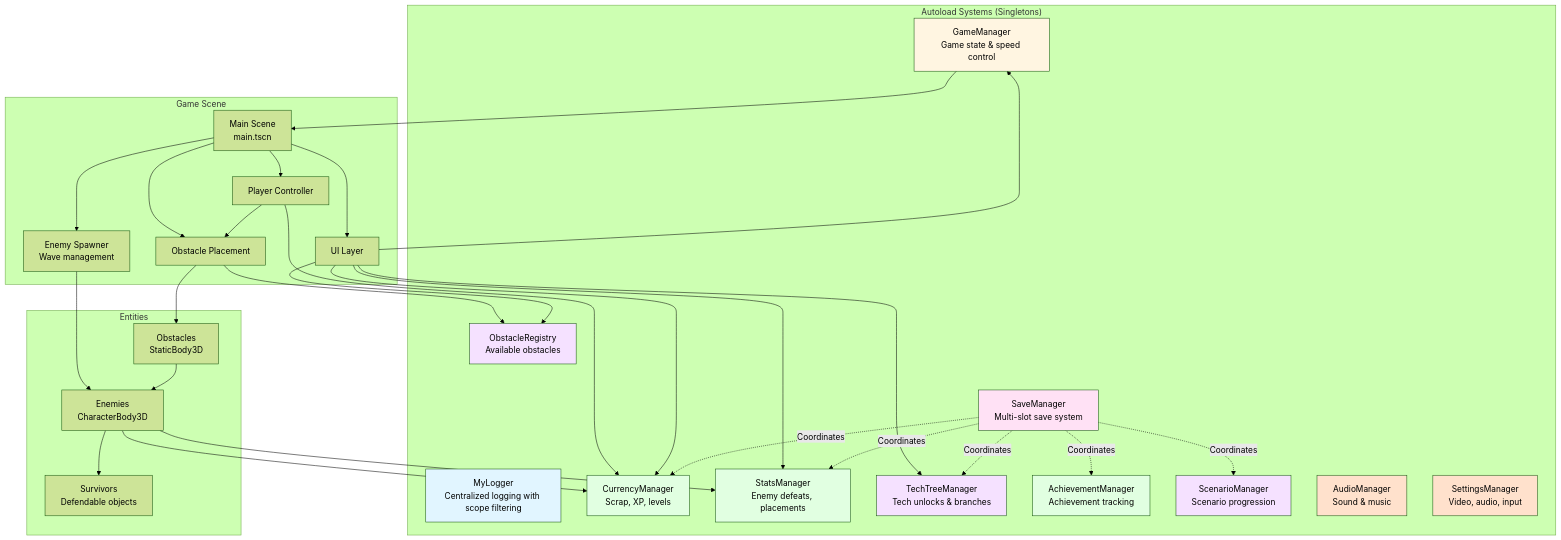
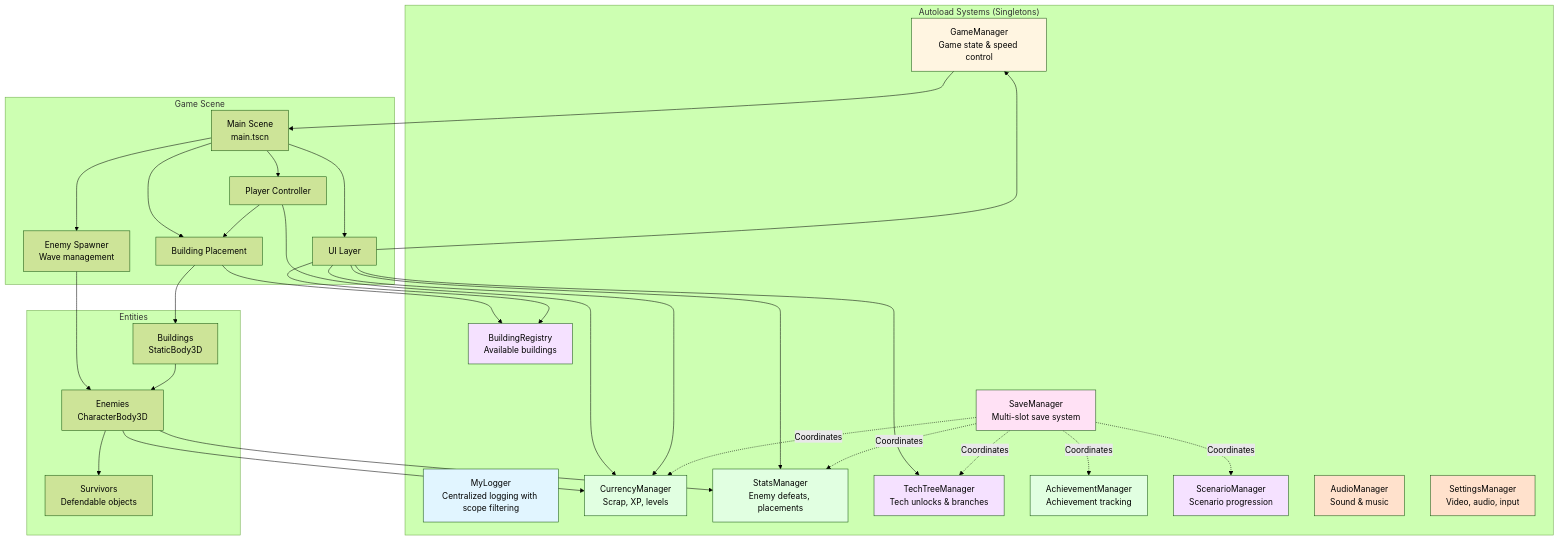
Before and after one commit to saebyn/godot-tower-defense: the first of 8 diagrams in docs/ARCHITECTURE.md, drawn with Mermaid (forest theme). The commit also changed other lines of this file and 159 other files, not shown here.

First line of the commit message:
Rename Obstacle → Building identifiers across codebase (#347)

````diff
--- a/docs/ARCHITECTURE.md
+++ b/docs/ARCHITECTURE.md
@@ -22,82 +22,82 @@
 ```mermaid
 graph TB
     subgraph "Autoload Systems (Singletons)"
         MyLogger[MyLogger<br/>Centralized logging with scope filtering]
         SaveManager[SaveManager<br/>Multi-slot save system]
         CurrencyManager[CurrencyManager<br/>Scrap, XP, levels]
         GameManager[GameManager<br/>Game state & speed control]
         StatsManager[StatsManager<br/>Enemy defeats, placements]
-        ObstacleRegistry[ObstacleRegistry<br/>Available obstacles]
+        BuildingRegistry[BuildingRegistry<br/>Available buildings]
         TechTreeManager[TechTreeManager<br/>Tech unlocks & branches]
         AchievementManager[AchievementManager<br/>Achievement tracking]
         ScenarioManager[ScenarioManager<br/>Scenario progression]
         AudioManager[AudioManager<br/>Sound & music]
         SettingsManager[SettingsManager<br/>Video, audio, input]
     end
     
     subgraph "Game Scene"
         Main[Main Scene<br/>main.tscn]
         Player[Player Controller]
         EnemySpawner[Enemy Spawner<br/>Wave management]
-        ObstaclePlacement[Obstacle Placement]
+        BuildingPlacement[Building Placement]
         UI[UI Layer]
     end
     
     subgraph "Entities"
         Enemies[Enemies<br/>CharacterBody3D]
-        Obstacles[Obstacles<br/>StaticBody3D]
+        Buildings[Buildings<br/>StaticBody3D]
         Survivors[Survivors<br/>Defendable objects]
     end
     
     Main --> Player
     Main --> EnemySpawner
-    Main --> ObstaclePlacement
+    Main --> BuildingPlacement
     Main --> UI
     
     Player --> CurrencyManager
-    Player --> ObstaclePlacement
+    Player --> BuildingPlacement
     
     EnemySpawner --> Enemies
-    ObstaclePlacement --> Obstacles
-    ObstaclePlacement --> ObstacleRegistry
+    BuildingPlacement --> Buildings
+    BuildingPlacement --> BuildingRegistry
     
     Enemies --> CurrencyManager
     Enemies --> StatsManager
     Enemies --> Survivors
     
-    Obstacles --> Enemies
+    Buildings --> Enemies
     
     UI --> CurrencyManager
     UI --> StatsManager
     UI --> GameManager
     UI --> TechTreeManager
-    UI --> ObstacleRegistry
+    UI --> BuildingRegistry
     
     SaveManager -.Coordinates.-> CurrencyManager
     SaveManager -.Coordinates.-> StatsManager
     SaveManager -.Coordinates.-> TechTreeManager
     SaveManager -.Coordinates.-> AchievementManager
     SaveManager -.Coordinates.-> ScenarioManager
     
     GameManager --> Main
     
     %% Color Legend:
     %% Blue (#e1f5ff) - Debugging/Infrastructure
     %% Pink (#ffe1f5) - Persistence/Save System
     %% Green (#e1ffe1) - Economy/Progression
     %% Yellow (#fff5e1) - Game State Management
     %% Purple (#f5e1ff) - Content Management
     %% Orange (#ffe1cc) - Audio/Settings
     
     style MyLogger fill:#e1f5ff
     style SaveManager fill:#ffe1f5
     style CurrencyManager fill:#e1ffe1
     style StatsManager fill:#e1ffe1
     style GameManager fill:#fff5e1
-    style ObstacleRegistry fill:#f5e1ff
+    style BuildingRegistry fill:#f5e1ff
     style TechTreeManager fill:#f5e1ff
     style AchievementManager fill:#e1ffe1
     style ScenarioManager fill:#f5e1ff
     style AudioManager fill:#ffe1cc
     style SettingsManager fill:#ffe1cc
 ```
````
